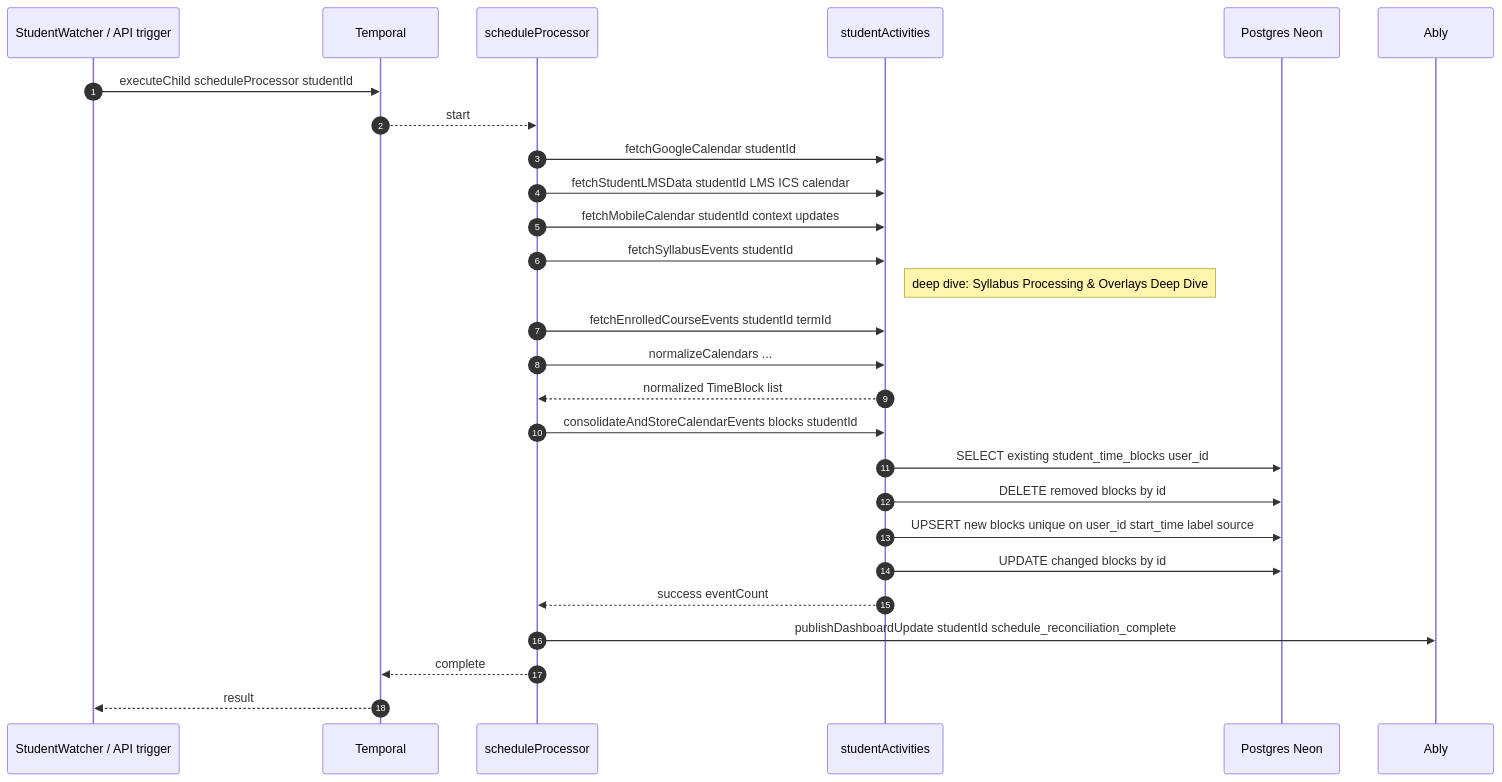
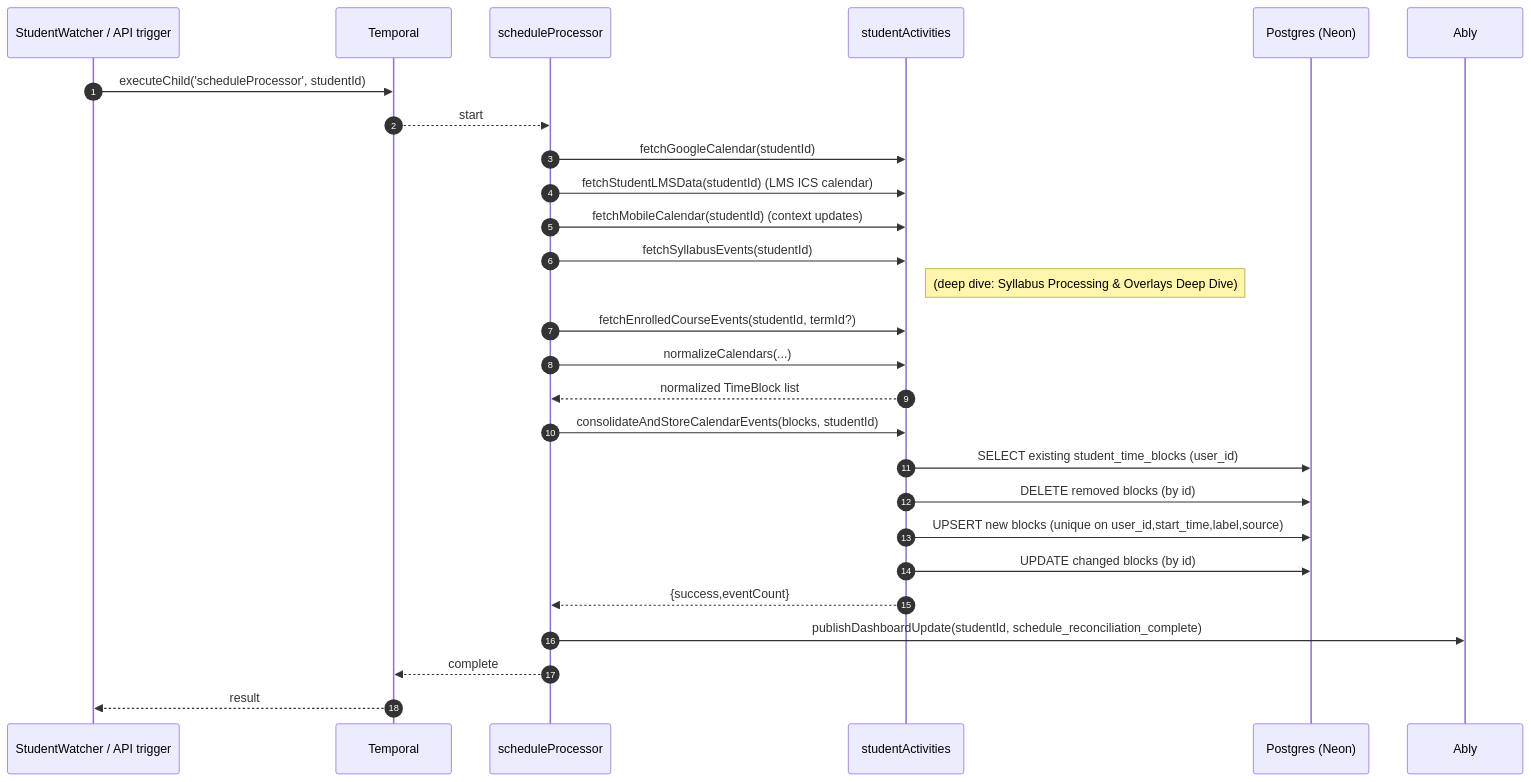
One commit to DormWay/mintlify-docs changed diagram 19 of 23 in docs/engineering/architecture/how-dormway-works.mdx. Above: the diagram before and after it, drawn with Mermaid. The commit also changed other lines of this file and 26 other files, not shown here.

````diff
--- a/docs/engineering/architecture/how-dormway-works.mdx
+++ b/docs/engineering/architecture/how-dormway-works.mdx
@@ -1006,34 +1006,34 @@
 ```mermaid
 sequenceDiagram
   autonumber
   participant Caller as StudentWatcher / API trigger
   participant Temporal as Temporal
   participant WF as scheduleProcessor
   participant Acts as studentActivities
-  participant DB as Postgres Neon
+  participant DB as Postgres (Neon)
   participant Ably as Ably
 
-  Caller->>Temporal: executeChild scheduleProcessor studentId
+  Caller->>Temporal: executeChild('scheduleProcessor', studentId)
   Temporal-->>WF: start
 
-  WF->>Acts: fetchGoogleCalendar studentId
-  WF->>Acts: fetchStudentLMSData studentId LMS ICS calendar
-  WF->>Acts: fetchMobileCalendar studentId context updates
-  WF->>Acts: fetchSyllabusEvents studentId
-  Note right of Acts: deep dive: Syllabus Processing & Overlays Deep Dive
-  WF->>Acts: fetchEnrolledCourseEvents studentId termId
+  WF->>Acts: fetchGoogleCalendar(studentId)
+  WF->>Acts: fetchStudentLMSData(studentId) (LMS ICS calendar)
+  WF->>Acts: fetchMobileCalendar(studentId) (context updates)
+  WF->>Acts: fetchSyllabusEvents(studentId)
+  Note right of Acts: (deep dive: Syllabus Processing & Overlays Deep Dive)
+  WF->>Acts: fetchEnrolledCourseEvents(studentId, termId?)
 
-  WF->>Acts: normalizeCalendars ...
+  WF->>Acts: normalizeCalendars(...)
   Acts-->>WF: normalized TimeBlock list
 
-  WF->>Acts: consolidateAndStoreCalendarEvents blocks studentId
-  Acts->>DB: SELECT existing student_time_blocks user_id
-  Acts->>DB: DELETE removed blocks by id
-  Acts->>DB: UPSERT new blocks unique on user_id start_time label source
-  Acts->>DB: UPDATE changed blocks by id
-  Acts-->>WF: success eventCount
+  WF->>Acts: consolidateAndStoreCalendarEvents(blocks, studentId)
+  Acts->>DB: SELECT existing student_time_blocks (user_id)
+  Acts->>DB: DELETE removed blocks (by id)
+  Acts->>DB: UPSERT new blocks (unique on user_id,start_time,label,source)
+  Acts->>DB: UPDATE changed blocks (by id)
+  Acts-->>WF: {success,eventCount}
 
-  WF->>Ably: publishDashboardUpdate studentId schedule_reconciliation_complete
+  WF->>Ably: publishDashboardUpdate(studentId, schedule_reconciliation_complete)
   WF-->>Temporal: complete
   Temporal-->>Caller: result
 ```
````
